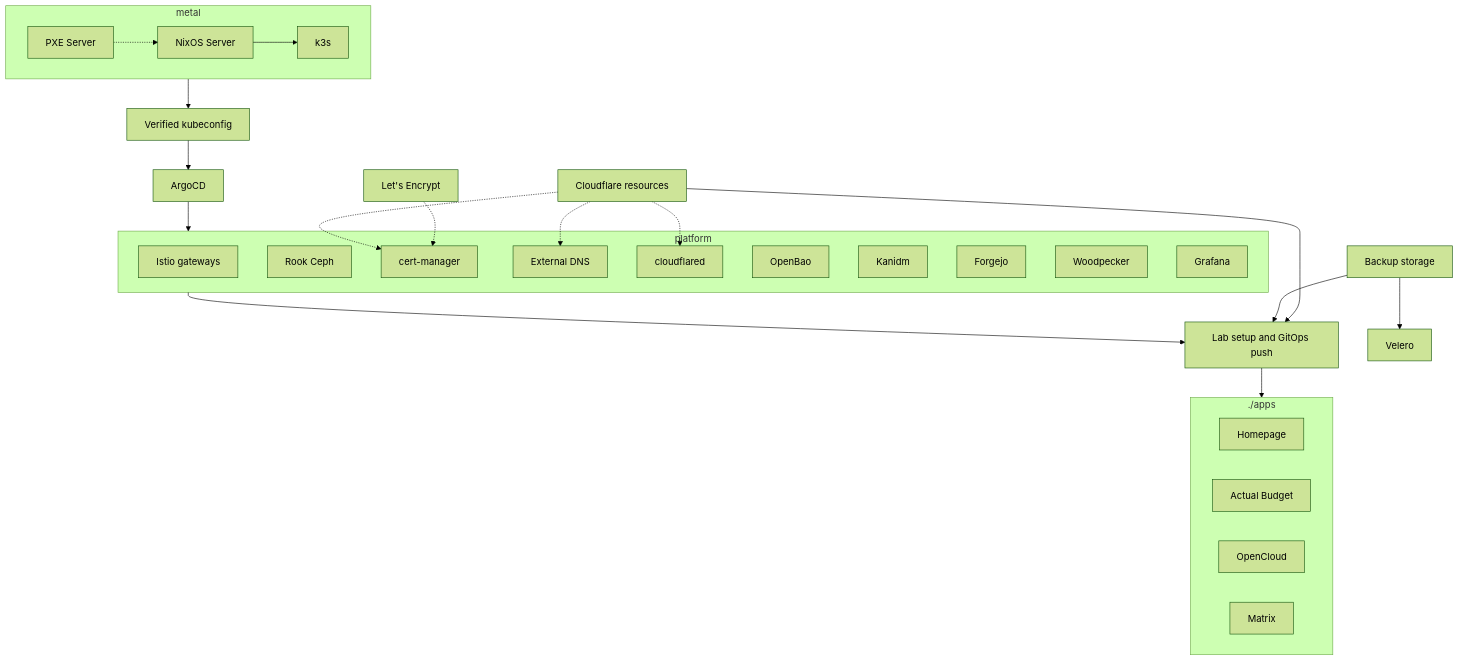
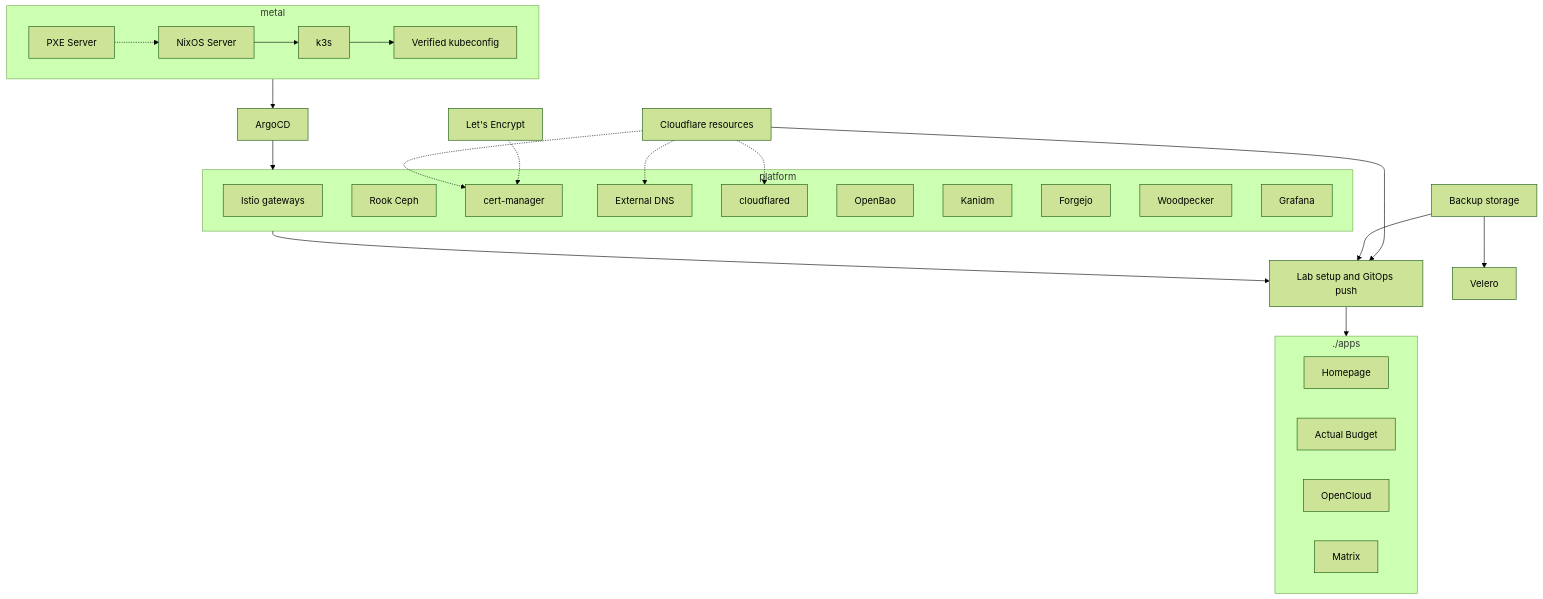
Before and after one commit to khuedoan/homelab: the diagram in docs/reference/architecture/overview.md, drawn with Mermaid (forest theme). The commit also changed other lines of this file and 21 other files, not shown here.

````diff
--- a/docs/reference/architecture/overview.md
+++ b/docs/reference/architecture/overview.md
@@ -30,39 +30,39 @@
 ```mermaid
 flowchart TD
   subgraph metal[metal]
-    pxe[PXE Server] -.-> linux[NixOS Server] --> k3s
+    pxe[PXE Server] -.-> linux[NixOS Server] --> k3s --> kubeconfig[Verified kubeconfig]
   end
 
-  metal --> cluster[Verified kubeconfig] --> argocd[ArgoCD] --> platform
+  metal --> argocd[ArgoCD] --> platform
   cloudflare[Cloudflare resources]
 
   subgraph platform[platform]
     istio[Istio gateways]
     rook-ceph[Rook Ceph]
     cert-manager
     external-dns[External DNS]
     cloudflared
     OpenBao
     Kanidm
     Forgejo
     Woodpecker
     Grafana
   end
 
   letsencrypt[Let's Encrypt] -.-> cert-manager
   cloudflare -.-> cert-manager
   cloudflare -.-> external-dns
   cloudflare -.-> cloudflared
 
   subgraph apps[./apps]
     homepage[Homepage]
     budget[Actual Budget]
     drive[OpenCloud]
     matrix[Matrix]
   end
 
   platform --> sync[Lab setup and GitOps push] --> apps
   cloudflare --> sync
   backup[Backup storage] --> sync
   backup --> velero[Velero]
 ```
````
